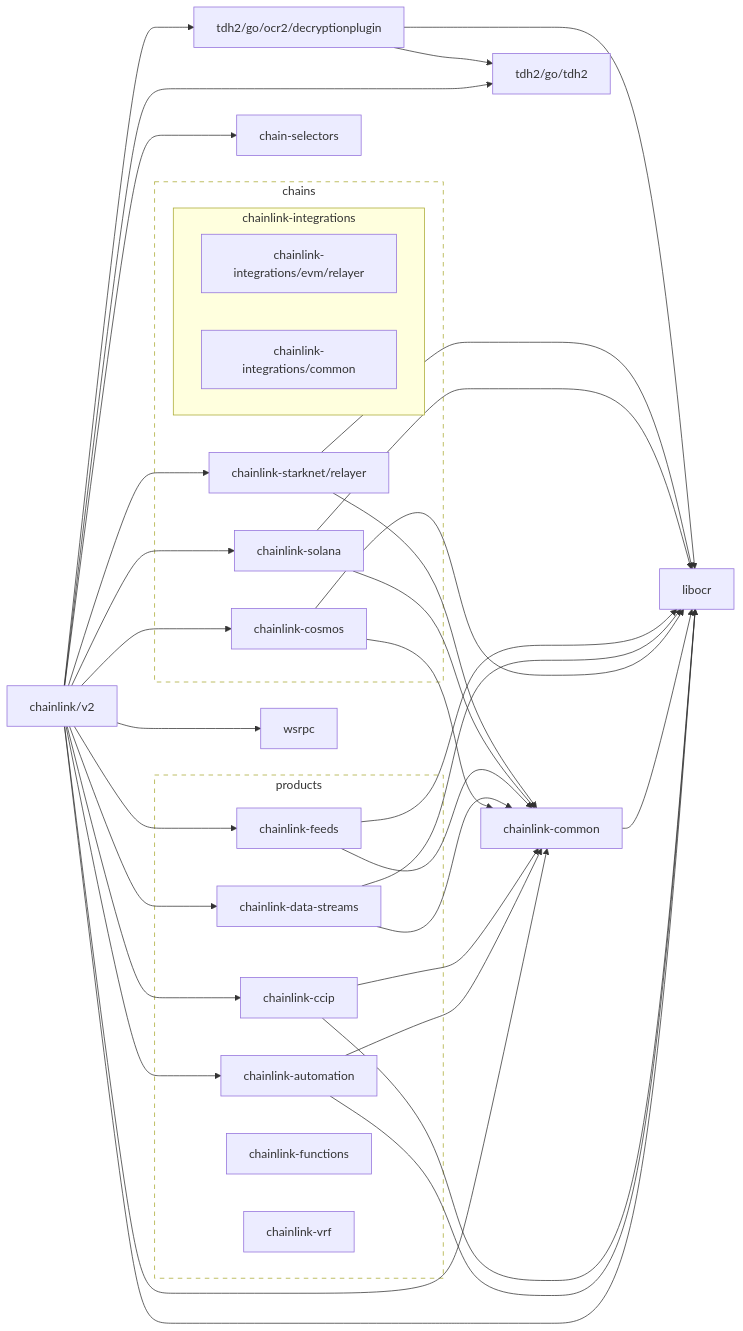
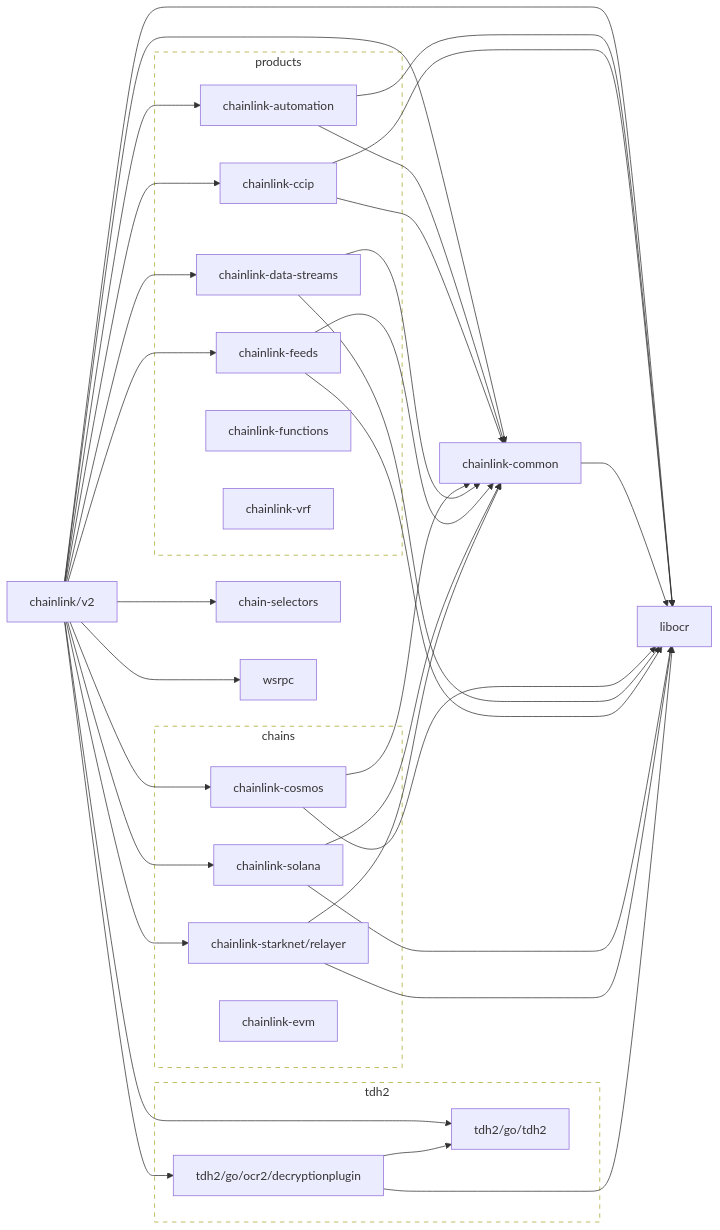
Before and after one commit to smartcontractkit/chainlink: the diagram in go.md, drawn with Mermaid. The commit also changed 1 other file, not shown here.

Commit message:
simplify modgraph (#14169)
* simplify modgraph

* group tdh2

````diff
--- a/go.md
+++ b/go.md
@@ -2,69 +2,70 @@
 ```mermaid
 flowchart LR
   subgraph chains
     chainlink-cosmos
     chainlink-solana
     chainlink-starknet/relayer
-    subgraph chainlink-integrations
-      direction LR
-      chainlink-integrations/evm/relayer
-      chainlink-integrations/common
-    end
+    chainlink-evm
   end
 
   subgraph products
     chainlink-automation
     chainlink-ccip
     chainlink-data-streams
     chainlink-feeds
     chainlink-functions
     chainlink-vrf
   end
 
+  subgraph tdh2
+    tdh2/go/tdh2
+    tdh2/go/ocr2/decryptionplugin
+  end
+
   classDef outline stroke-dasharray:6,fill:none;
-  class chains,products outline
+  class chains,products,tdh2 outline
 
   chainlink/v2 --> chain-selectors
   click chain-selectors href "https://github.com/smartcontractkit/chain-selectors"
   chainlink/v2 --> chainlink-automation
   click chainlink-automation href "https://github.com/smartcontractkit/chainlink-automation"
   chainlink/v2 --> chainlink-ccip
   click chainlink-ccip href "https://github.com/smartcontractkit/chainlink-ccip"
   chainlink/v2 --> chainlink-common
   click chainlink-common href "https://github.com/smartcontractkit/chainlink-common"
   chainlink/v2 --> chainlink-cosmos
   click chainlink-cosmos href "https://github.com/smartcontractkit/chainlink-cosmos"
   chainlink/v2 --> chainlink-data-streams
   click chainlink-data-streams href "https://github.com/smartcontractkit/chainlink-data-streams"
   chainlink/v2 --> chainlink-feeds
   click chainlink-feeds href "https://github.com/smartcontractkit/chainlink-feeds"
   chainlink/v2 --> chainlink-solana
   click chainlink-solana href "https://github.com/smartcontractkit/chainlink-solana"
   chainlink/v2 --> chainlink-starknet/relayer
   click chainlink-starknet/relayer href "https://github.com/smartcontractkit/chainlink-starknet"
   chainlink/v2 --> libocr
   click libocr href "https://github.com/smartcontractkit/libocr"
   chainlink/v2 --> tdh2/go/ocr2/decryptionplugin
   click tdh2/go/ocr2/decryptionplugin href "https://github.com/smartcontractkit/tdh2"
   chainlink/v2 --> tdh2/go/tdh2
   click tdh2/go/tdh2 href "https://github.com/smartcontractkit/tdh2"
   chainlink/v2 --> wsrpc
   click wsrpc href "https://github.com/smartcontractkit/wsrpc"
   chainlink-automation --> chainlink-common
   chainlink-automation --> libocr
   chainlink-ccip --> chainlink-common
   chainlink-ccip --> libocr
   chainlink-common --> libocr
   chainlink-cosmos --> chainlink-common
   chainlink-cosmos --> libocr
   chainlink-data-streams --> chainlink-common
   chainlink-data-streams --> libocr
   chainlink-feeds --> chainlink-common
   chainlink-feeds --> libocr
   chainlink-solana --> chainlink-common
   chainlink-solana --> libocr
   chainlink-starknet/relayer --> chainlink-common
   chainlink-starknet/relayer --> libocr
   tdh2/go/ocr2/decryptionplugin --> libocr
   tdh2/go/ocr2/decryptionplugin --> tdh2/go/tdh2
 ```
````
